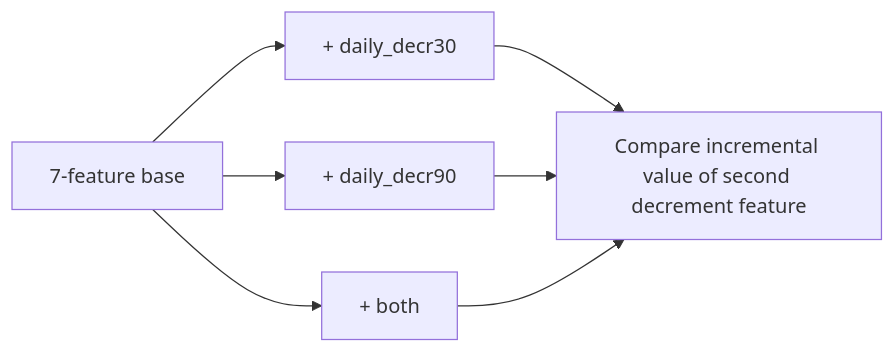
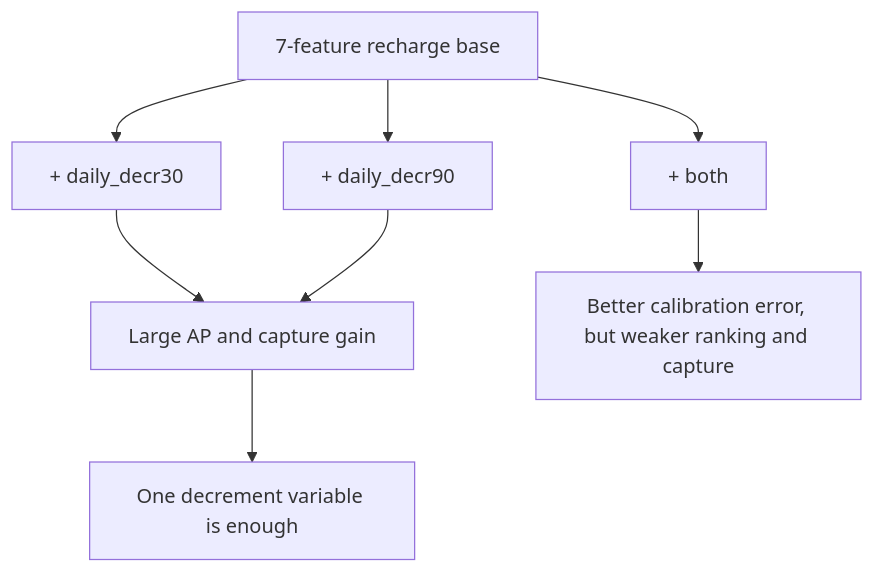
Before and after one commit to Oyd72/telecom-delinquency-capstone: the ninth of 9 diagrams in docs/model-documentation/module4_experiment_record.md, drawn with Mermaid. The commit also changed other lines of this file, not shown here.

Commit message:
Record decrement-feature redundancy results

````diff
--- a/docs/model-documentation/module4_experiment_record.md
+++ b/docs/model-documentation/module4_experiment_record.md
@@ -1023,9 +1027,10 @@
 ```mermaid
-flowchart LR
-    A[7-feature base] --> B[+ daily_decr30]
+flowchart TD
+    A[7-feature recharge base] --> B[+ daily_decr30]
     A --> C[+ daily_decr90]
     A --> D[+ both]
-    B --> E[Compare incremental value of second decrement feature]
+    B --> E[Large AP and capture gain]
     C --> E
-    D --> E
+    D --> F[Better calibration error, but weaker ranking and capture]
+    E --> G[One decrement variable is enough]
 ```
````
